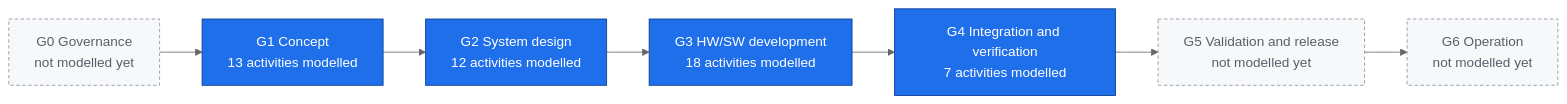
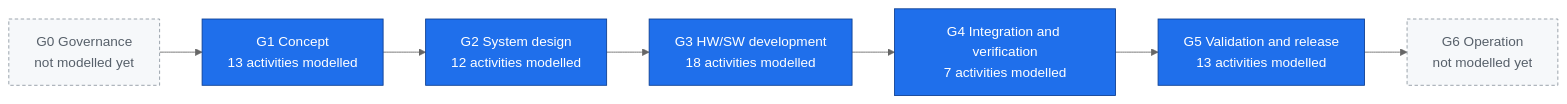
Before and after one commit to jherrodthomas/LionDriver: the diagram in assurance/process/maps/lifecycle.md, drawn with Mermaid (neutral theme). The commit also changed other lines of this file and 12 other files, not shown here.

````diff
--- a/assurance/process/maps/lifecycle.md
+++ b/assurance/process/maps/lifecycle.md
@@ -8,15 +8,15 @@
 ```mermaid
 flowchart LR
   G0["G0 Governance<br/>not modelled yet"]
   G1["G1 Concept<br/>13 activities modelled"]
   G2["G2 System design<br/>12 activities modelled"]
   G3["G3 HW/SW development<br/>18 activities modelled"]
   G4["G4 Integration and verification<br/>7 activities modelled"]
-  G5["G5 Validation and release<br/>not modelled yet"]
+  G5["G5 Validation and release<br/>13 activities modelled"]
   G6["G6 Operation<br/>not modelled yet"]
   G0 --> G1 --> G2 --> G3 --> G4 --> G5 --> G6
   classDef modelled fill:#1f6feb,stroke:#0b3d91,color:#ffffff
   classDef pending fill:#f6f8fa,stroke:#8c959f,color:#57606a,stroke-dasharray: 4 3
-  class G1,G2,G3,G4 modelled
-  class G0,G5,G6 pending
+  class G1,G2,G3,G4,G5 modelled
+  class G0,G6 pending
 ```
````
